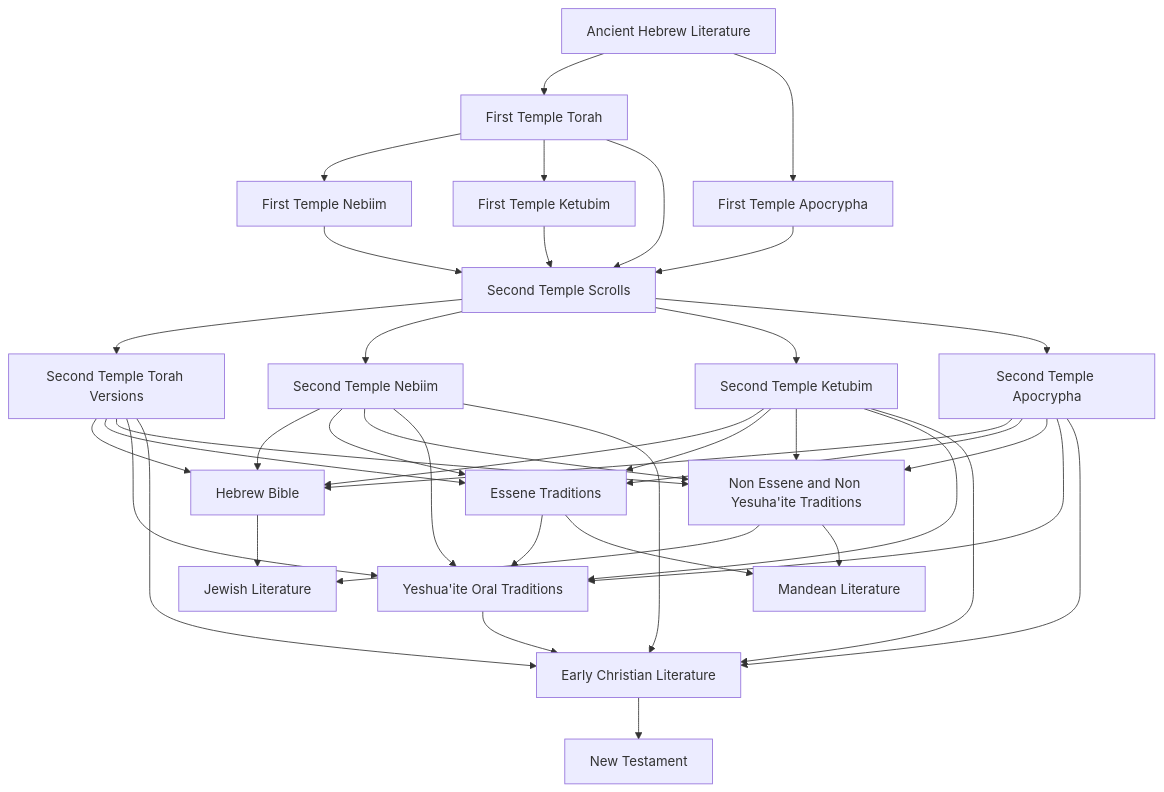
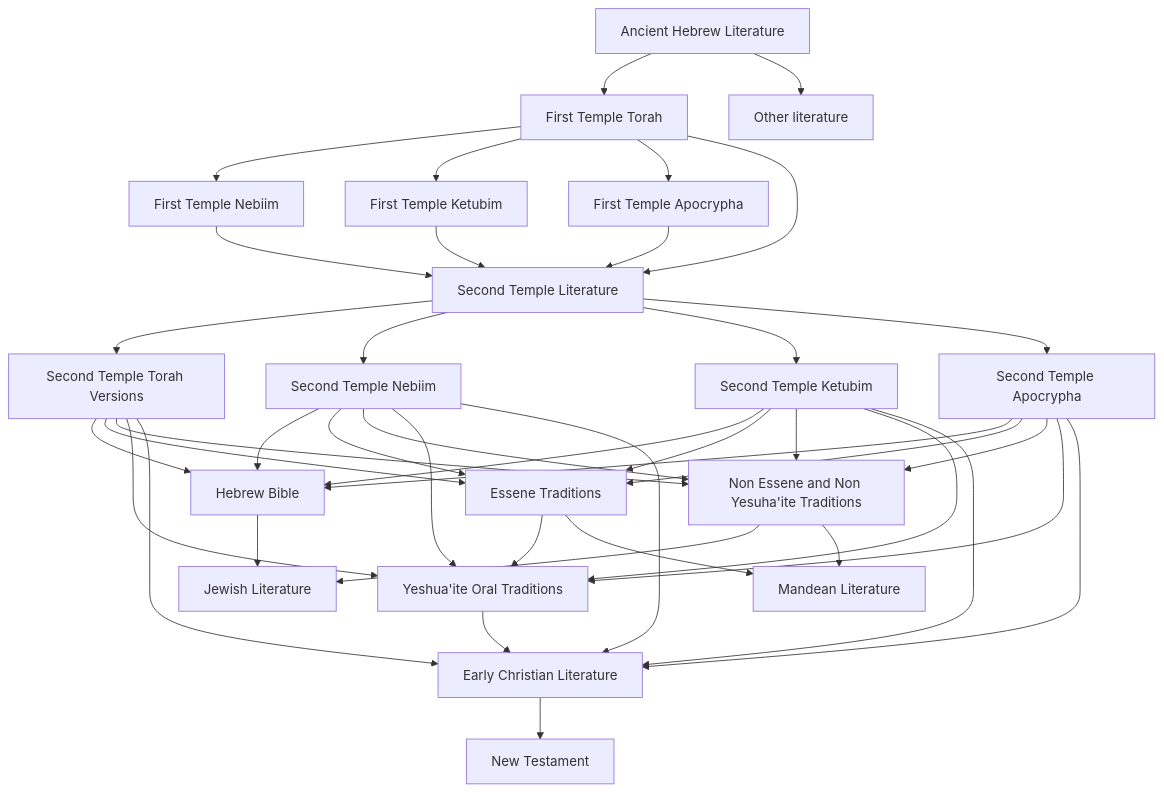
One commit to bendqh1/mermaid changed the diagram in judeo_christian_religious_literature.mermaid. Above: the diagram before and after it, drawn with Mermaid.

```diff
--- a/judeo_christian_religious_literature.mermaid
+++ b/judeo_christian_religious_literature.mermaid
@@ -1,24 +1,25 @@
 flowchart TD
     A1[Ancient Hebrew Literature]
     A1 --> A2[First Temple Torah]
     A2 --> A3[First Temple Nebiim] 
     A2 --> A4[First Temple Ketubim]
-    A1 --> A5[First Temple Apocrypha]
+    A2 --> A5[First Temple Apocrypha]
+    A1 --> A6[Other literature]
     
-    A2 & A3 & A4 & A5 --> B1[Second Temple Scrolls]
+    A2 & A3 & A4 & A5 --> B1[Second Temple Literature]
 
     B1 --> B2[Second Temple Torah Versions]
     B1 --> B3[Second Temple Nebiim]
     B1 --> B4[Second Temple Ketubim]
     B1 --> B5[Second Temple Apocrypha]
 
     B2 & B3 & B4 & B5 --> C1[Hebrew Bible]
     B2 & B3 & B4 & B5 --> C2[Essene Traditions]
     B2 & B3 & B4 & B5 --> C3[Non Essene and Non Yesuha'ite Traditions]
     B2 & B3 & B4 & B5 & C2 --> C4[Yeshua'ite Oral Traditions]
 
     C1 & C3 --> D1[Jewish Literature]
     C2 & C3 --> D2[Mandean Literature]
     B2 & B3 & B4 & B5 & C4 --> D3[Early Christian Literature]
 
     D3 --> E1[New Testament]
```
